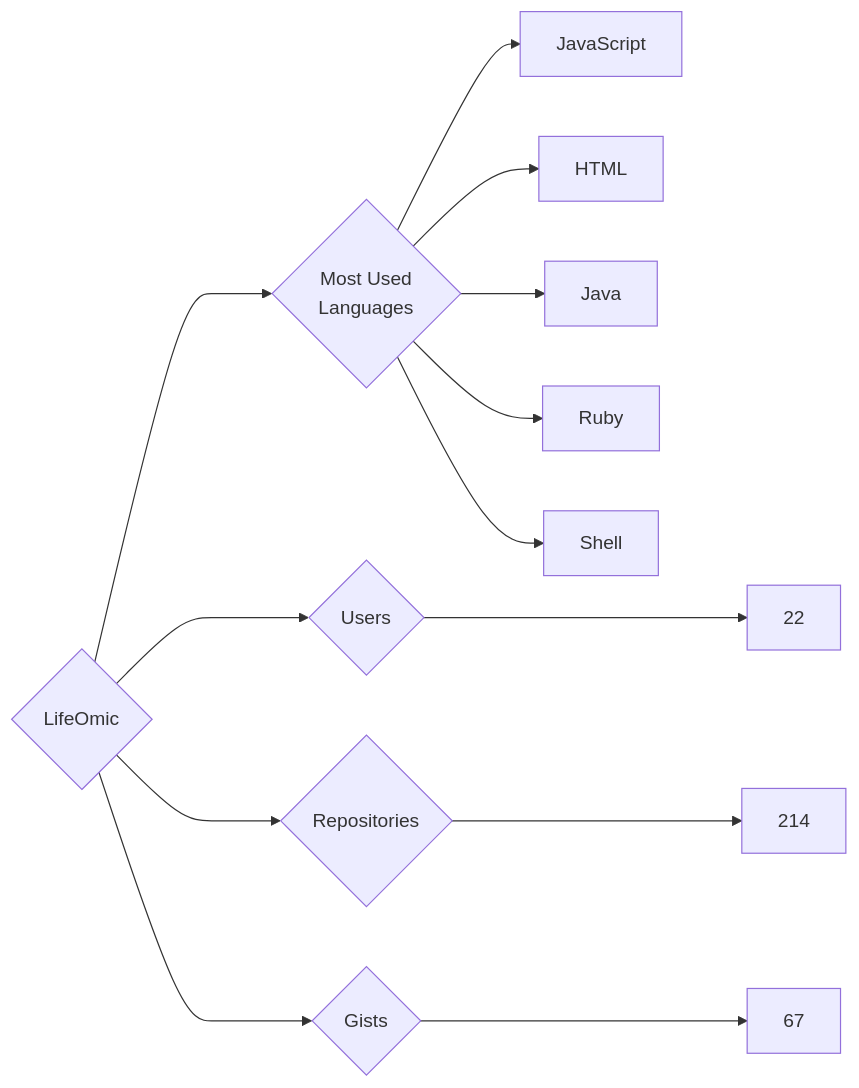
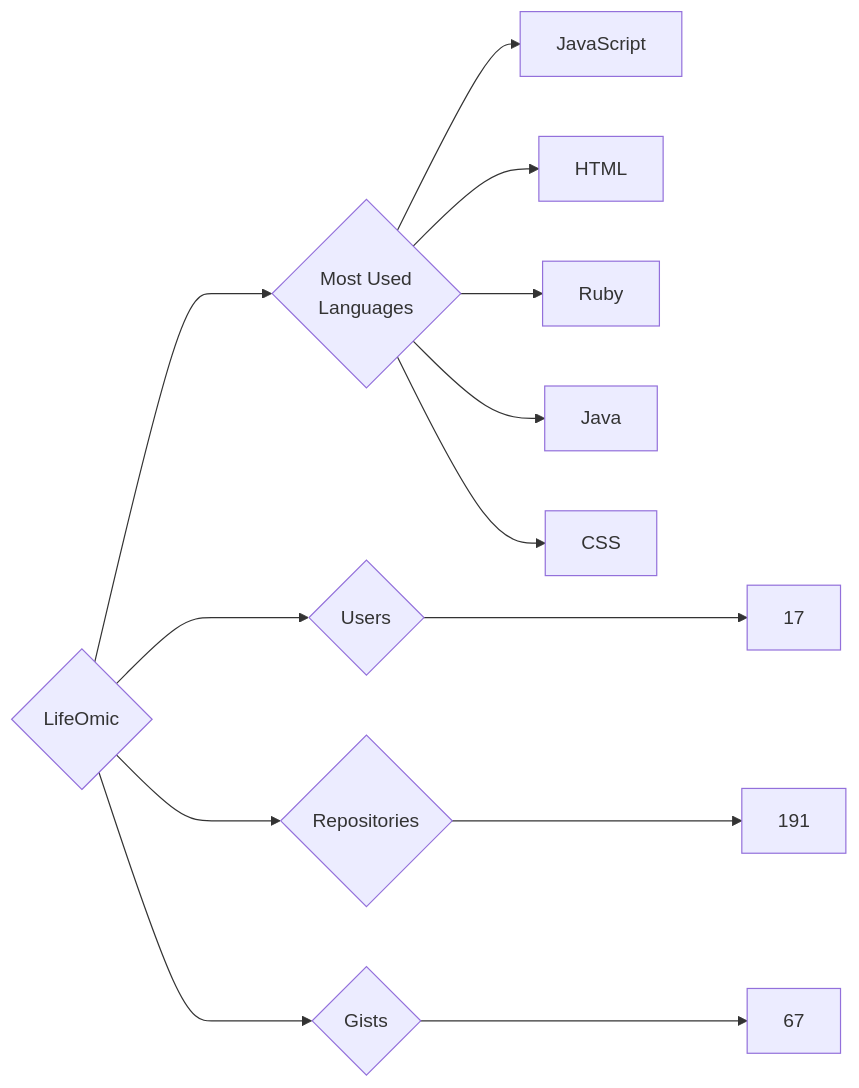
The diagram in targets/LifeOmic/README.md (trickest/insiders), drawn with Mermaid before and after one commit. The commit also changed 894 other files, not shown here.

````diff
--- a/targets/LifeOmic/README.md
+++ b/targets/LifeOmic/README.md
@@ -3,13 +3,13 @@
 ```mermaid
 graph LR
 COMPANY_NAME{LifeOmic}
-COMPANY_NAME ---> U{Users} ---> UN[22]
-COMPANY_NAME ---> R{Repositories} ---> RN[214]
+COMPANY_NAME ---> U{Users} ---> UN[17]
+COMPANY_NAME ---> R{Repositories} ---> RN[191]
 COMPANY_NAME ---> G{Gists} ---> GN[67]
 COMPANY_NAME ---> ML{Most Used<br>Languages}
 ML --> JavaScript[JavaScript]
 ML --> HTML[HTML]
+ML --> Ruby[Ruby]
 ML --> Java[Java]
-ML --> Ruby[Ruby]
-ML --> Shell[Shell]
+ML --> CSS[CSS]
 ```
````
